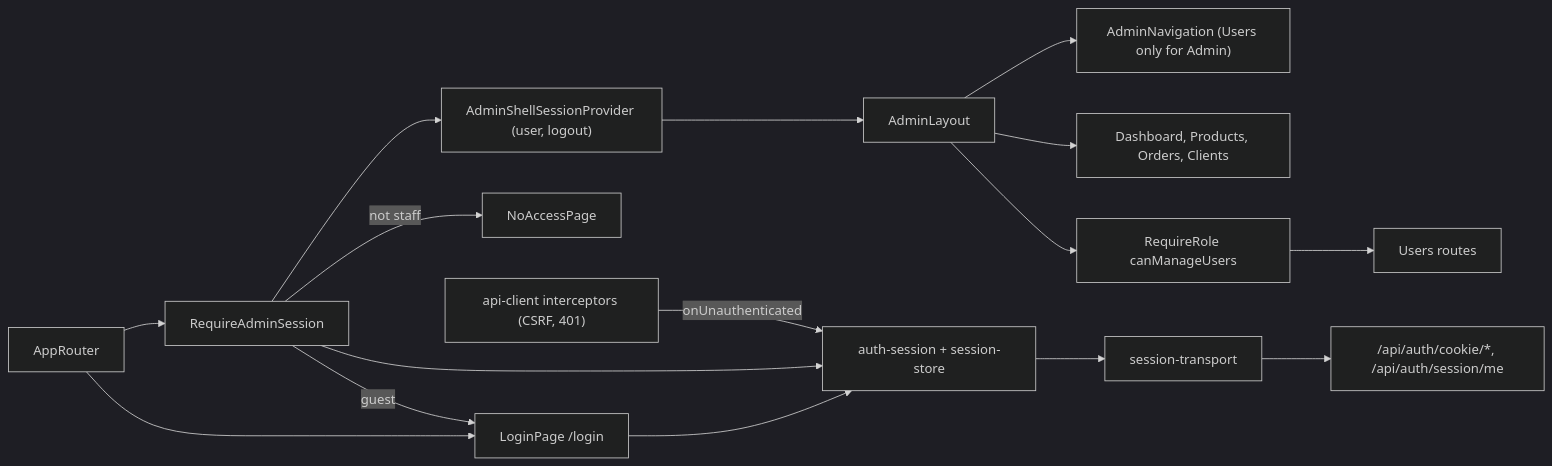
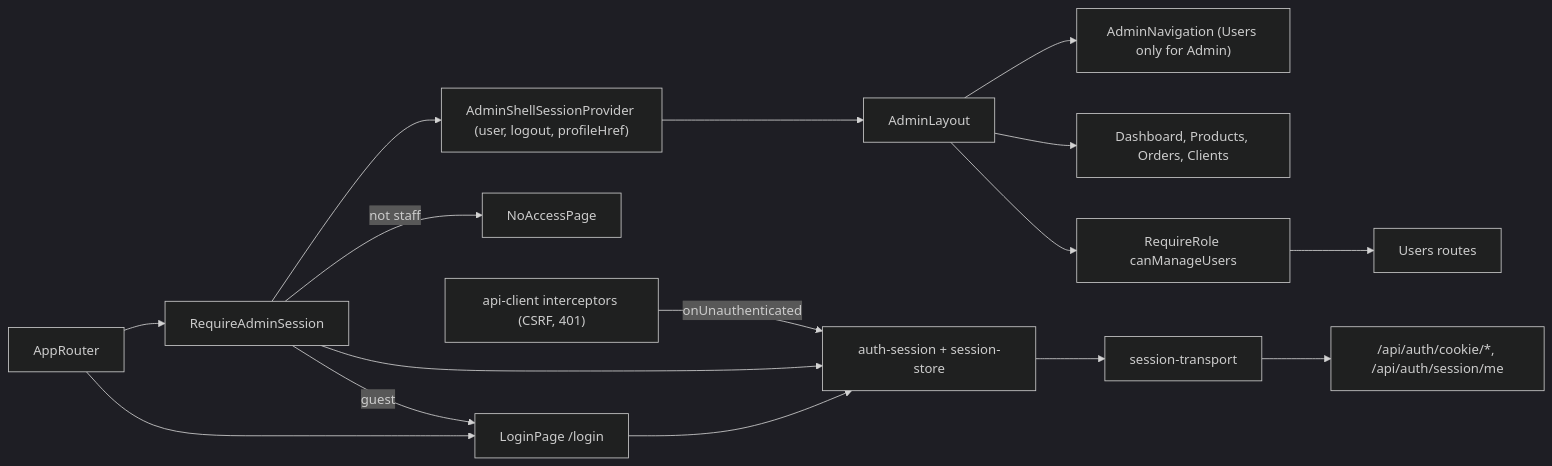
Before and after one commit to Weretik/kedr-web: the diagram in docs/features/admin/session.md, drawn with Mermaid (dark theme). The commit also changed other lines of this file and 76 other files, not shown here.

First line of the commit message:
Admin: Мій кабінет, avatars with initials, header profile menu, manager edits (#17)

````diff
--- a/docs/features/admin/session.md
+++ b/docs/features/admin/session.md
@@ -14,16 +14,16 @@
 ```mermaid
 flowchart LR
 Router["AppRouter"] --> Login["LoginPage /login"]
 Router --> Guard["RequireAdminSession"]
 Guard -->|guest| Login
 Guard -->|not staff| NoAccess["NoAccessPage"]
-Guard --> Provider["AdminShellSessionProvider (user, logout)"]
+Guard --> Provider["AdminShellSessionProvider (user, logout, profileHref)"]
 Provider --> Layout["AdminLayout"]
 Layout --> Nav["AdminNavigation (Users only for Admin)"]
 Layout --> Routes["Dashboard, Products, Orders, Clients"]
 Layout --> Role["RequireRole canManageUsers"] --> Users["Users routes"]
 Login --> Session["auth-session + session-store"]
 Guard --> Session
 Session --> Transport["session-transport"] --> API["/api/auth/cookie/*, /api/auth/session/me"]
 ApiClient["api-client interceptors (CSRF, 401)"] -->|onUnauthenticated| Session
 ```
````
